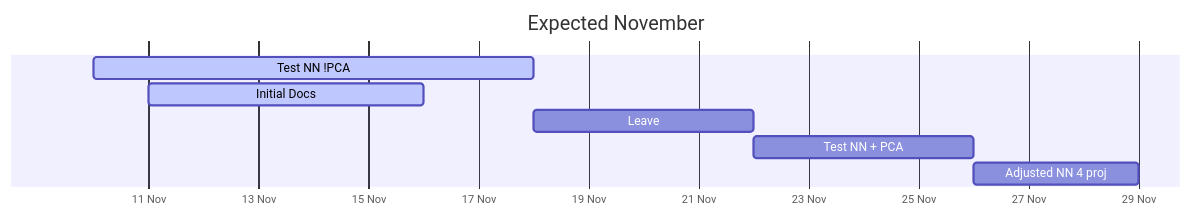
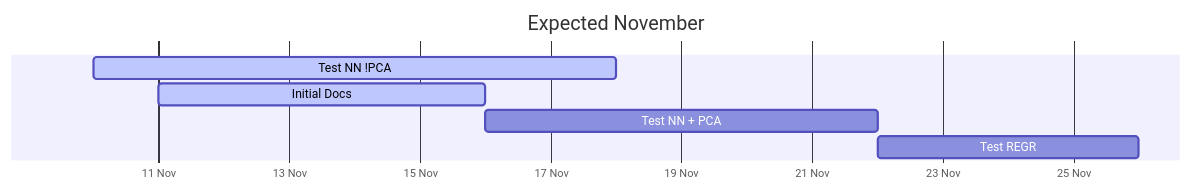
Before and after one commit to plutoniumm/MLTests: the first of 3 diagrams in docs/README.md, drawn with Mermaid. The commit also changed other lines of this file and 2 other files, not shown here.

````diff
--- a/docs/README.md
+++ b/docs/README.md
@@ -20,15 +36,14 @@
 ```mermaid
 gantt
     title Expected November
     dateFormat  DD-MM
     axisFormat  %d %b
 
     %% Start :milestone, m1, 07-11, 2min
 
     Test NN !PCA :active, a1, 10-11, 8d
     Initial Docs :active, b1, 11-11, 5d
-    Leave: l1, 18-11, 4d
-    Test NN + PCA:a2, after l1, 4d
+    Test NN + PCA:a2, after b1, 6d
 
-    Adjusted NN 4 proj:a3, after a2, 3d
+    Test REGR:a3, after a2, 4d
 ```
````
